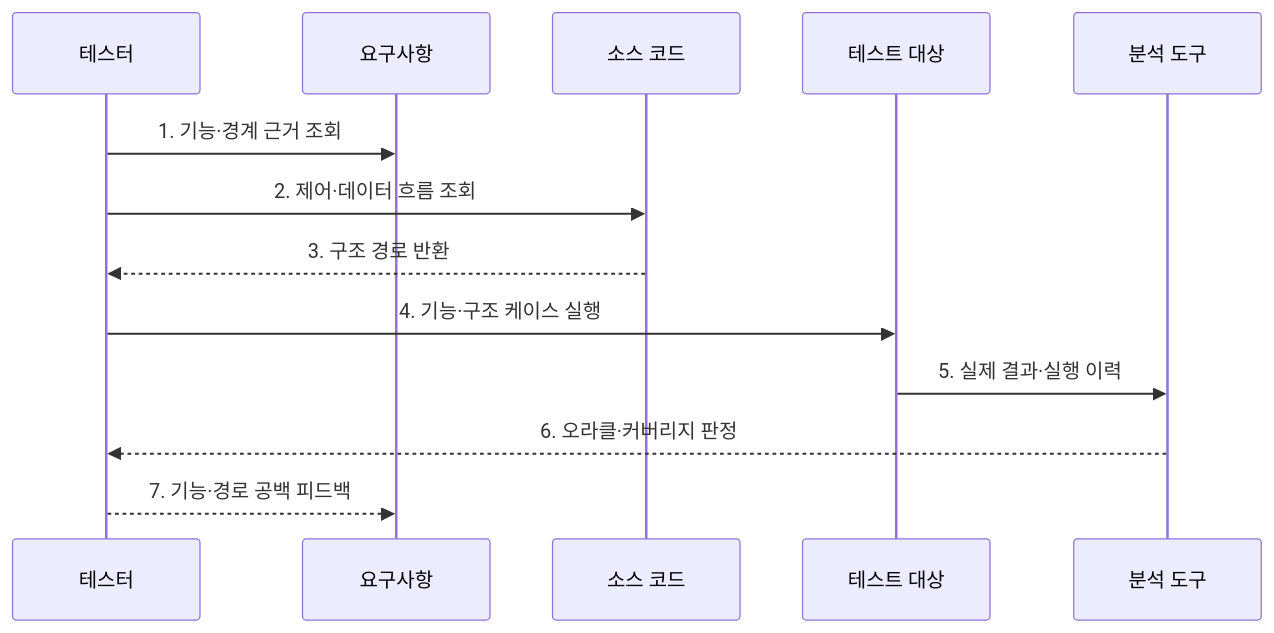
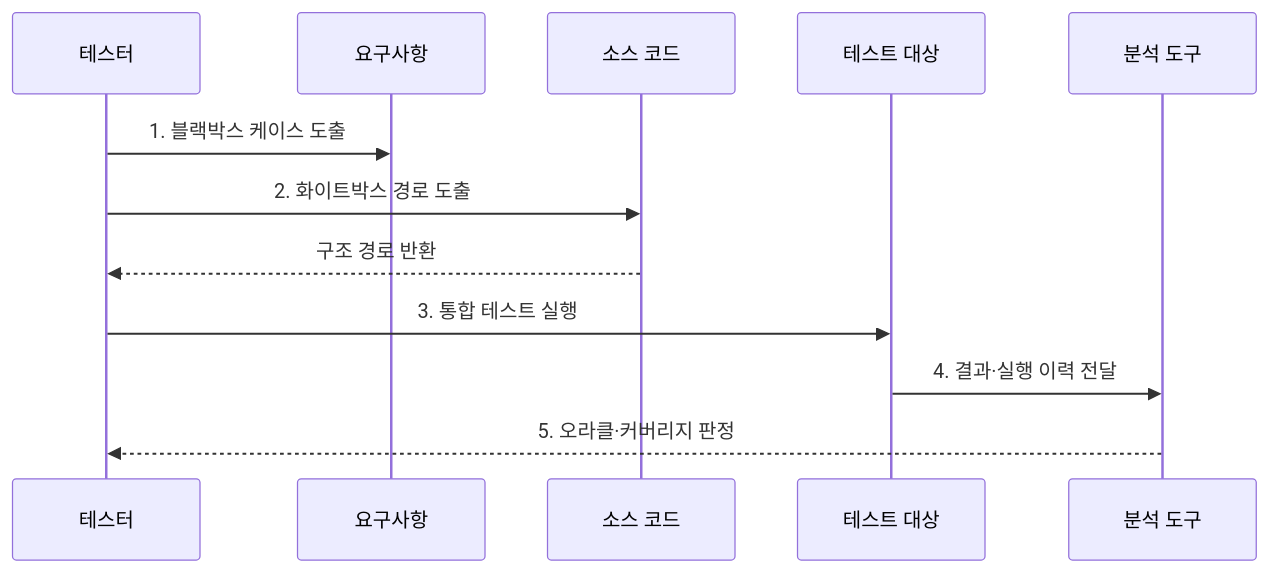
The second of 2 diagrams in src/content/docs/notes/03-software/060_whitebox_blackbox_testing.md (agnusdei1207/knowledge-base), drawn with Mermaid before and after one commit. The commit also changed other lines of this file and 238 other files, not shown here.

````diff
--- a/src/content/docs/notes/03-software/060_whitebox_blackbox_testing.md
+++ b/src/content/docs/notes/03-software/060_whitebox_blackbox_testing.md
@@ -81,15 +81,14 @@
 ```mermaid
 sequenceDiagram
     participant T as 테스터
     participant R as 요구사항
     participant C as 소스 코드
     participant S as 테스트 대상
     participant A as 분석 도구
-    T->>R: 1. 기능·경계 근거 조회
-    T->>C: 2. 제어·데이터 흐름 조회
-    C-->>T: 3. 구조 경로 반환
-    T->>S: 4. 기능·구조 케이스 실행
-    S->>A: 5. 실제 결과·실행 이력
-    A-->>T: 6. 오라클·커버리지 판정
-    T-->>R: 7. 기능·경로 공백 피드백
+    T->>R: 1. 블랙박스 케이스 도출
+    T->>C: 2. 화이트박스 경로 도출
+    C-->>T: 구조 경로 반환
+    T->>S: 3. 통합 테스트 실행
+    S->>A: 4. 결과·실행 이력 전달
+    A-->>T: 5. 오라클·커버리지 판정
 ```
````
